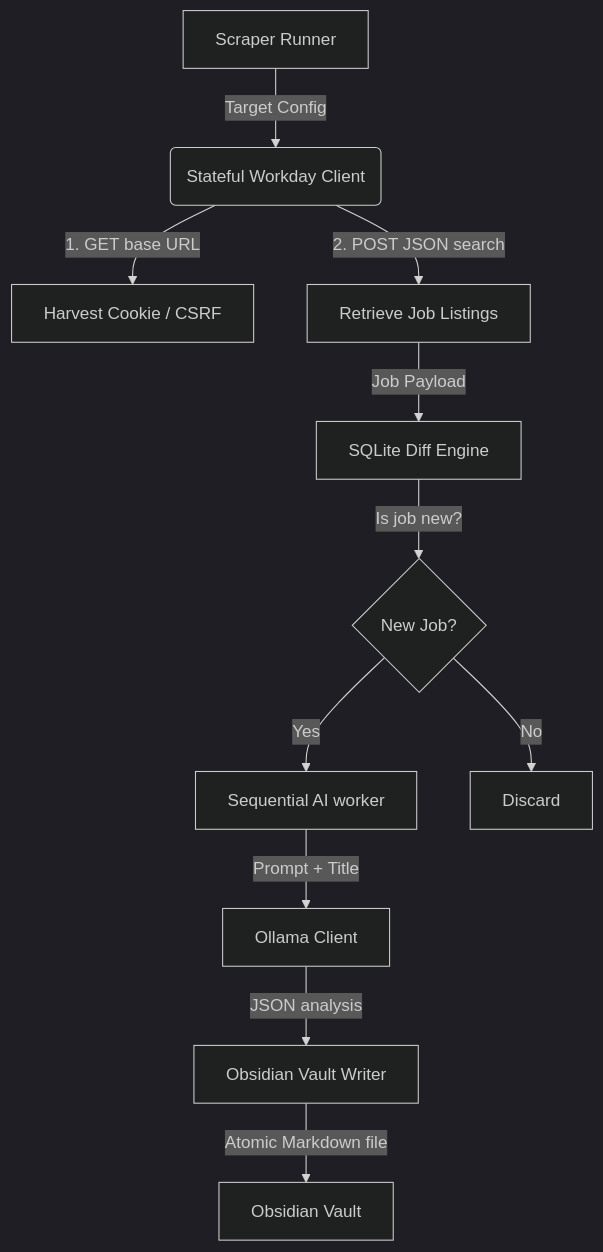
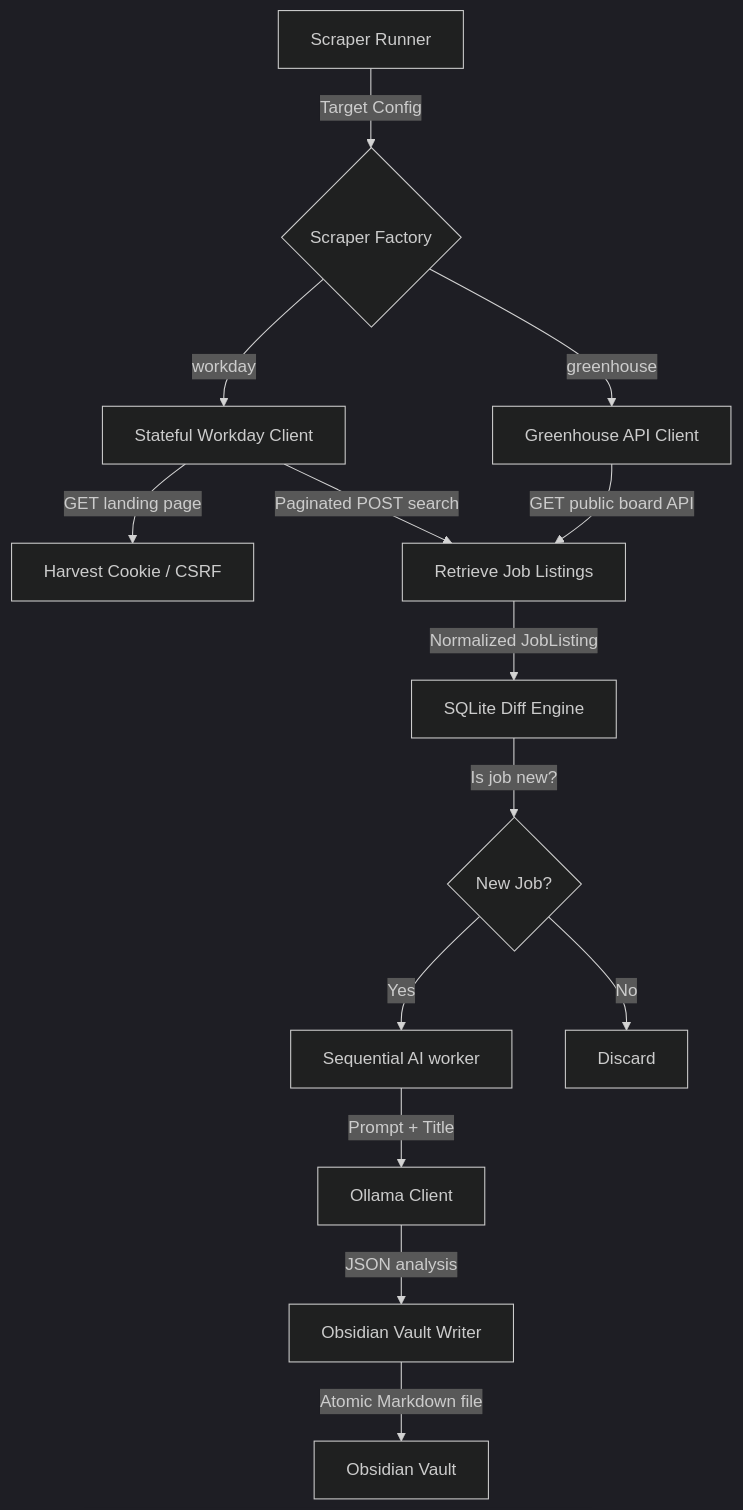
One commit to admbahm/OpenHunt changed the diagram in docs/architecture.md. Above: the diagram before and after it, drawn with Mermaid (dark theme). The commit also changed other lines of this file and 8 other files, not shown here.

````diff
--- a/docs/architecture.md
+++ b/docs/architecture.md
@@ -7,13 +7,16 @@
 ```mermaid
 graph TD
-    A[Scraper Runner] -->|Target Config| B(Stateful Workday Client)
-    B -->|1. GET base URL| C[Harvest Cookie / CSRF]
-    B -->|2. POST JSON search| D[Retrieve Job Listings]
-    D -->|Job Payload| E[SQLite Diff Engine]
-    E -->|Is job new?| F{New Job?}
-    F -->|Yes| G[Sequential AI worker]
-    F -->|No| H[Discard]
-    G -->|Prompt + Title| I[Ollama Client]
-    I -->|JSON analysis| J[Obsidian Vault Writer]
-    J -->|Atomic Markdown file| K[Obsidian Vault]
+    A[Scraper Runner] -->|Target Config| B{Scraper Factory}
+    B -->|workday| C[Stateful Workday Client]
+    B -->|greenhouse| D[Greenhouse API Client]
+    C -->|GET landing page| E[Harvest Cookie / CSRF]
+    C -->|Paginated POST search| F[Retrieve Job Listings]
+    D -->|GET public board API| F
+    F -->|Normalized JobListing| G[SQLite Diff Engine]
+    G -->|Is job new?| H{New Job?}
+    H -->|Yes| I[Sequential AI worker]
+    H -->|No| J[Discard]
+    I -->|Prompt + Title| K[Ollama Client]
+    K -->|JSON analysis| L[Obsidian Vault Writer]
+    L -->|Atomic Markdown file| M[Obsidian Vault]
 ```
````
